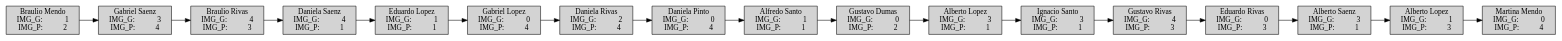
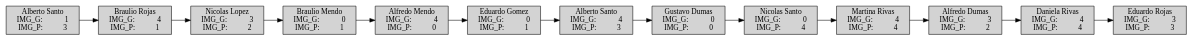
The diagram in Proyecto/colaclientes.dot (Serrano18/EDD_PROYECTO_202201989), drawn with Graphviz before and after one commit. The commit also changed 20 other files, not shown here.

```diff
--- a/Proyecto/colaclientes.dot
+++ b/Proyecto/colaclientes.dot
@@ -1,37 +1,29 @@
  digraph colac {
      node [shape=box, style=filled];
  rankdir = LR;
-      "Node           1 " [label="Braulio Mendo\nIMG_G:            1 \nIMG_P:           2 ", shape=box];
+      "Node           1 " [label="Alberto Santo\nIMG_G:            1 \nIMG_P:           3 ", shape=box];
      "Node           1 " -> "Node           2 ";
-      "Node           2 " [label="Gabriel Saenz\nIMG_G:            3 \nIMG_P:           4 ", shape=box];
+      "Node           2 " [label="Braulio Rojas\nIMG_G:            4 \nIMG_P:           1 ", shape=box];
      "Node           2 " -> "Node           3 ";
-      "Node           3 " [label="Braulio Rivas\nIMG_G:            4 \nIMG_P:           3 ", shape=box];
+      "Node           3 " [label="Nicolas Lopez\nIMG_G:            3 \nIMG_P:           2 ", shape=box];
      "Node           3 " -> "Node           4 ";
-      "Node           4 " [label="Daniela Saenz\nIMG_G:            4 \nIMG_P:           1 ", shape=box];
+      "Node           4 " [label="Braulio Mendo\nIMG_G:            0 \nIMG_P:           1 ", shape=box];
      "Node           4 " -> "Node           5 ";
-      "Node           5 " [label="Eduardo Lopez\nIMG_G:            1 \nIMG_P:           1 ", shape=box];
+      "Node           5 " [label="Alfredo Mendo\nIMG_G:            4 \nIMG_P:           0 ", shape=box];
      "Node           5 " -> "Node           6 ";
-      "Node           6 " [label="Gabriel Lopez\nIMG_G:            0 \nIMG_P:           4 ", shape=box];
+      "Node           6 " [label="Eduardo Gomez\nIMG_G:            0 \nIMG_P:           1 ", shape=box];
      "Node           6 " -> "Node           7 ";
-      "Node           7 " [label="Daniela Rivas\nIMG_G:            2 \nIMG_P:           4 ", shape=box];
+      "Node           7 " [label="Alberto Santo\nIMG_G:            4 \nIMG_P:           3 ", shape=box];
      "Node           7 " -> "Node           8 ";
-      "Node           8 " [label="Daniela Pinto\nIMG_G:            0 \nIMG_P:           4 ", shape=box];
+      "Node           8 " [label="Gustavo Dumas\nIMG_G:            0 \nIMG_P:           0 ", shape=box];
      "Node           8 " -> "Node           9 ";
-      "Node           9 " [label="Alfredo Santo\nIMG_G:            1 \nIMG_P:           1 ", shape=box];
+      "Node           9 " [label="Nicolas Santo\nIMG_G:            0 \nIMG_P:           4 ", shape=box];
      "Node           9 " -> "Node          10 ";
-      "Node          10 " [label="Gustavo Dumas\nIMG_G:            0 \nIMG_P:           2 ", shape=box];
+      "Node          10 " [label="Martina Rivas\nIMG_G:            4 \nIMG_P:           4 ", shape=box];
      "Node          10 " -> "Node          11 ";
-      "Node          11 " [label="Alberto Lopez\nIMG_G:            3 \nIMG_P:           1 ", shape=box];
+      "Node          11 " [label="Alfredo Dumas\nIMG_G:            3 \nIMG_P:           2 ", shape=box];
      "Node          11 " -> "Node          12 ";
-      "Node          12 " [label="Ignacio Santo\nIMG_G:            3 \nIMG_P:           1 ", shape=box];
+      "Node          12 " [label="Daniela Rivas\nIMG_G:            4 \nIMG_P:           4 ", shape=box];
      "Node          12 " -> "Node          13 ";
-      "Node          13 " [label="Gustavo Rivas\nIMG_G:            4 \nIMG_P:           3 ", shape=box];
-     "Node          13 " -> "Node          14 ";
-      "Node          14 " [label="Eduardo Rivas\nIMG_G:            0 \nIMG_P:           3 ", shape=box];
-     "Node          14 " -> "Node          15 ";
-      "Node          15 " [label="Alberto Saenz\nIMG_G:            3 \nIMG_P:           1 ", shape=box];
-     "Node          15 " -> "Node          16 ";
-      "Node          16 " [label="Alberto Lopez\nIMG_G:            1 \nIMG_P:           3 ", shape=box];
-     "Node          16 " -> "Node          17 ";
-      "Node          17 " [label="Martina Mendo\nIMG_G:            0 \nIMG_P:           4 ", shape=box];
+      "Node          13 " [label="Eduardo Rojas\nIMG_G:            3 \nIMG_P:           3 ", shape=box];
  }
```
